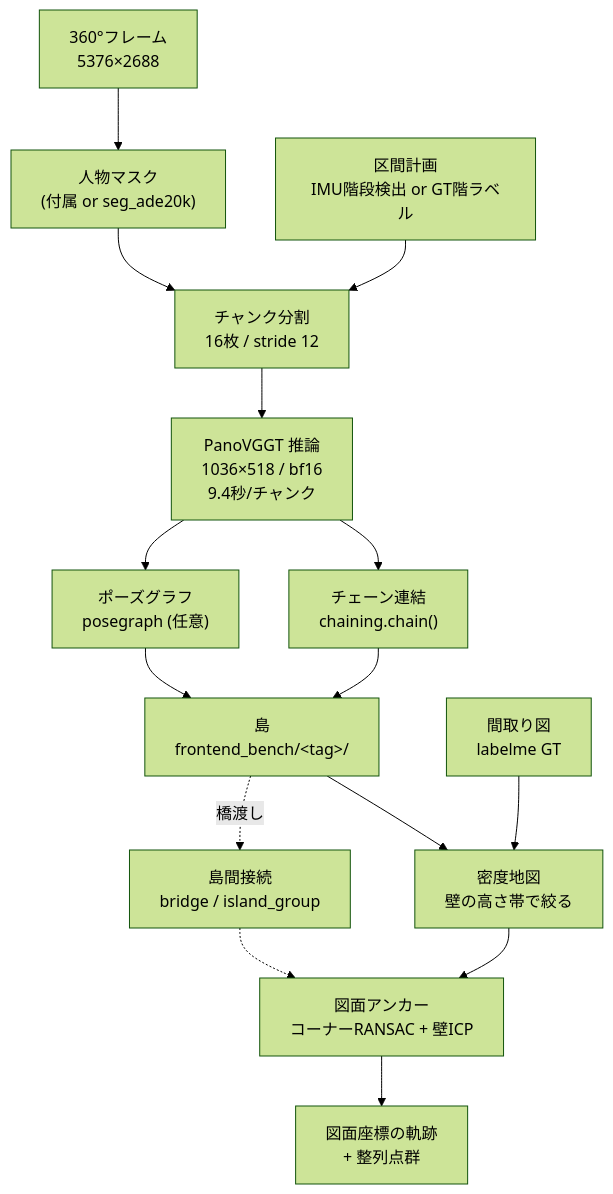
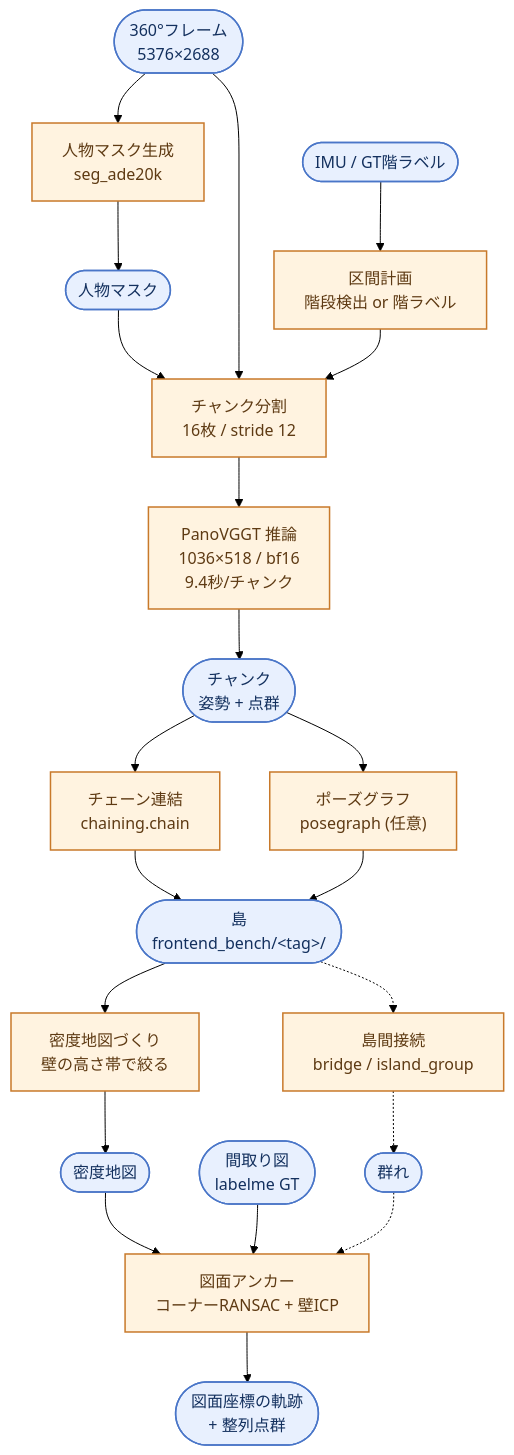
Before and after one commit to SoftRoid-Inc/reconstruction3d_experimental: the first of 2 diagrams in img_align/PIPELINE.md, drawn with Mermaid (forest theme). The commit also changed other lines of this file, not shown here.

Commit message:
docs(img_align): PIPELINE.md の図でデータと処理を記号で分ける
360°フレームのような入力データと、推論のような処理を同じ四角で描くと混乱する
(ユーザー指摘)。角丸=データ(入力・中間成果物・出力) / 四角=処理 に統一し、
classDef で色も分けた。全体図に中間成果物(人物マスク・チャンク・密度地図・
群れ)を明示し、点線で「既定では通らない経路」(橋渡し)を示した。
大量実走の図も同じ記号体系に揃え、S3と result.json をデータとして描いた。

Claude-Session: https://claude.ai/code/session_012wLBvK8ztuECL4BsKJFyGK

````diff
--- a/img_align/PIPELINE.md
+++ b/img_align/PIPELINE.md
@@ -13,20 +15,36 @@
 ```mermaid
 flowchart TD
-    IMG["360°フレーム<br/>5376×2688"] --> MASK["人物マスク<br/>(付属 or seg_ade20k)"]
-    MASK --> CHUNK["チャンク分割<br/>16枚 / stride 12"]
-    CHUNK --> INFER["PanoVGGT 推論<br/>1036×518 / bf16<br/>9.4秒/チャンク"]
-    INFER --> CHAIN["チェーン連結<br/>chaining.chain()"]
-    INFER --> PG["ポーズグラフ<br/>posegraph (任意)"]
+    IMG(["360°フレーム<br/>5376×2688"]):::data
+    PLAN(["間取り図<br/>labelme GT"]):::data
+    IMU(["IMU / GT階ラベル"]):::data
 
-    SEG["区間計画<br/>IMU階段検出 or GT階ラベル"] --> CHUNK
-    CHAIN --> ISL["島<br/>frontend_bench/&lt;tag&gt;/"]
-    PG --> ISL
+    MASK["人物マスク生成<br/>seg_ade20k"]:::proc
+    MASKD(["人物マスク"]):::data
+    SEG["区間計画<br/>階段検出 or 階ラベル"]:::proc
+    CHUNK["チャンク分割<br/>16枚 / stride 12"]:::proc
+    INFER["PanoVGGT 推論<br/>1036×518 / bf16<br/>9.4秒/チャンク"]:::proc
+    CHUNKD(["チャンク<br/>姿勢 + 点群"]):::data
+    CHAIN["チェーン連結<br/>chaining.chain"]:::proc
+    PG["ポーズグラフ<br/>posegraph (任意)"]:::proc
+    ISL(["島<br/>frontend_bench/&lt;tag&gt;/"]):::data
+    BRIDGE["島間接続<br/>bridge / island_group"]:::proc
+    GRP(["群れ"]):::data
+    DENS["密度地図づくり<br/>壁の高さ帯で絞る"]:::proc
+    DENSD(["密度地図"]):::data
+    ANCHOR["図面アンカー<br/>コーナーRANSAC + 壁ICP"]:::proc
+    OUT(["図面座標の軌跡<br/>+ 整列点群"]):::data
 
-    ISL --> DENS["密度地図<br/>壁の高さ帯で絞る"]
-    PLAN["間取り図<br/>labelme GT"] --> DENS
-    DENS --> ANCHOR["図面アンカー<br/>コーナーRANSAC + 壁ICP"]
-    ANCHOR --> OUT["図面座標の軌跡<br/>+ 整列点群"]
+    IMG --> MASK --> MASKD --> CHUNK
+    IMG --> CHUNK
+    IMU --> SEG --> CHUNK
+    CHUNK --> INFER --> CHUNKD
+    CHUNKD --> CHAIN --> ISL
+    CHUNKD --> PG --> ISL
+    ISL --> DENS --> DENSD --> ANCHOR
+    PLAN --> ANCHOR
+    ANCHOR --> OUT
+    ISL -.-> BRIDGE -.-> GRP -.-> ANCHOR
 
-    ISL -.橋渡し.-> BRIDGE["島間接続<br/>bridge / island_group"]
-    BRIDGE -.-> ANCHOR
+    classDef data fill:#e8f0fe,stroke:#4a76c8,stroke-width:1.5px,color:#13305e
+    classDef proc fill:#fff3e0,stroke:#c8792a,stroke-width:1.5px,color:#5e3a13
 ```
````
